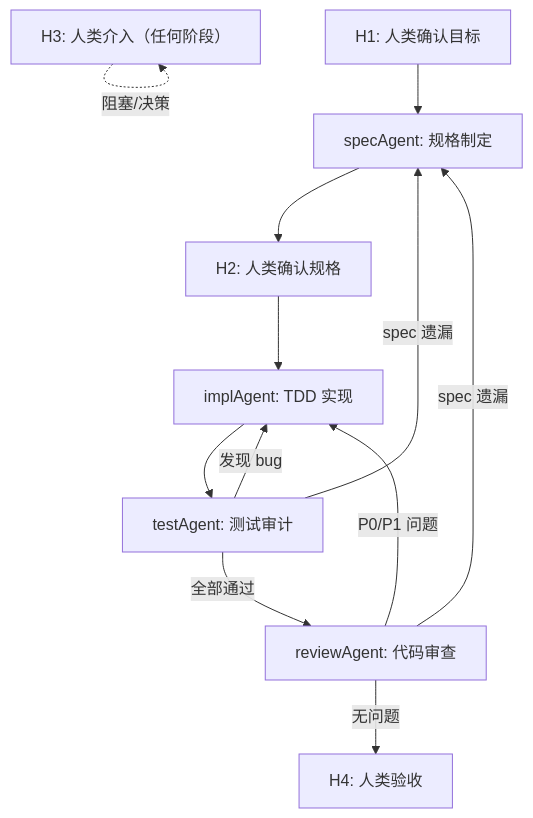
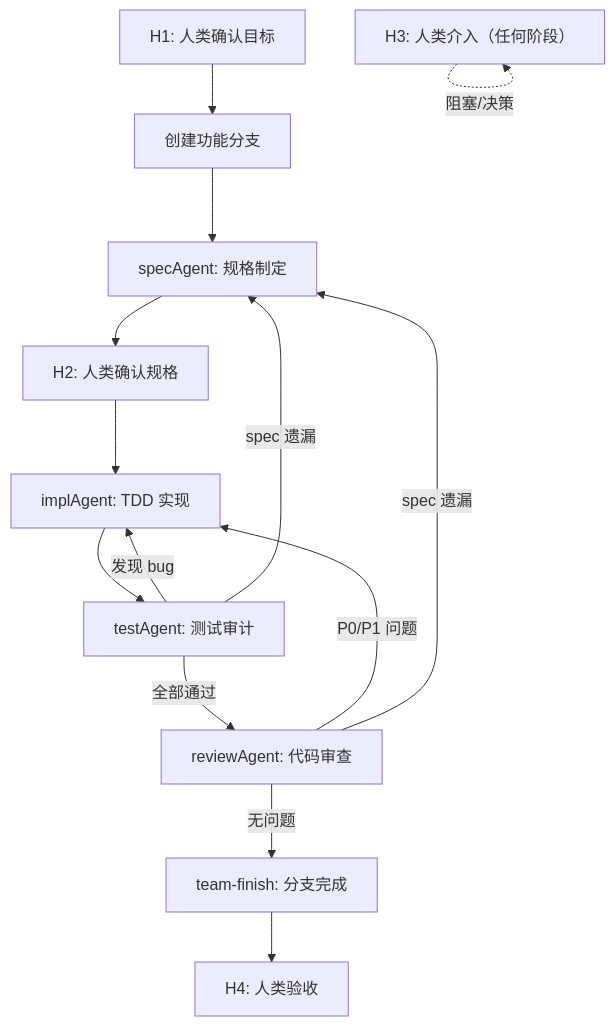
The diagram in skills/team-orchestrator/SKILL.md (andeya/team-skills), drawn with Mermaid before and after one commit. The commit also changed other lines of this file and 1 other file, not shown here.

First line of the commit message:
feat: add Git branch lifecycle to orchestrator (Step 1.5 + finish integration)

````diff
--- a/skills/team-orchestrator/SKILL.md
+++ b/skills/team-orchestrator/SKILL.md
@@ -12,14 +12,16 @@
 ```mermaid
 flowchart TD
-    H1["H1: 人类确认目标"] --> specAgent["specAgent: 规格制定"]
+    H1["H1: 人类确认目标"] --> branch["创建功能分支"]
+    branch --> specAgent["specAgent: 规格制定"]
     specAgent --> H2["H2: 人类确认规格"]
     H2 --> implAgent["implAgent: TDD 实现"]
     implAgent --> testAgent["testAgent: 测试审计"]
     testAgent -->|"发现 bug"| implAgent
     testAgent -->|"spec 遗漏"| specAgent
     testAgent -->|"全部通过"| reviewAgent["reviewAgent: 代码审查"]
     reviewAgent -->|"P0/P1 问题"| implAgent
     reviewAgent -->|"spec 遗漏"| specAgent
-    reviewAgent -->|"无问题"| H4["H4: 人类验收"]
+    reviewAgent -->|"无问题"| finish["team-finish: 分支完成"]
+    finish --> H4["H4: 人类验收"]
     H3["H3: 人类介入（任何阶段）"] -.->|"阻塞/决策"| H3
 ```
````
